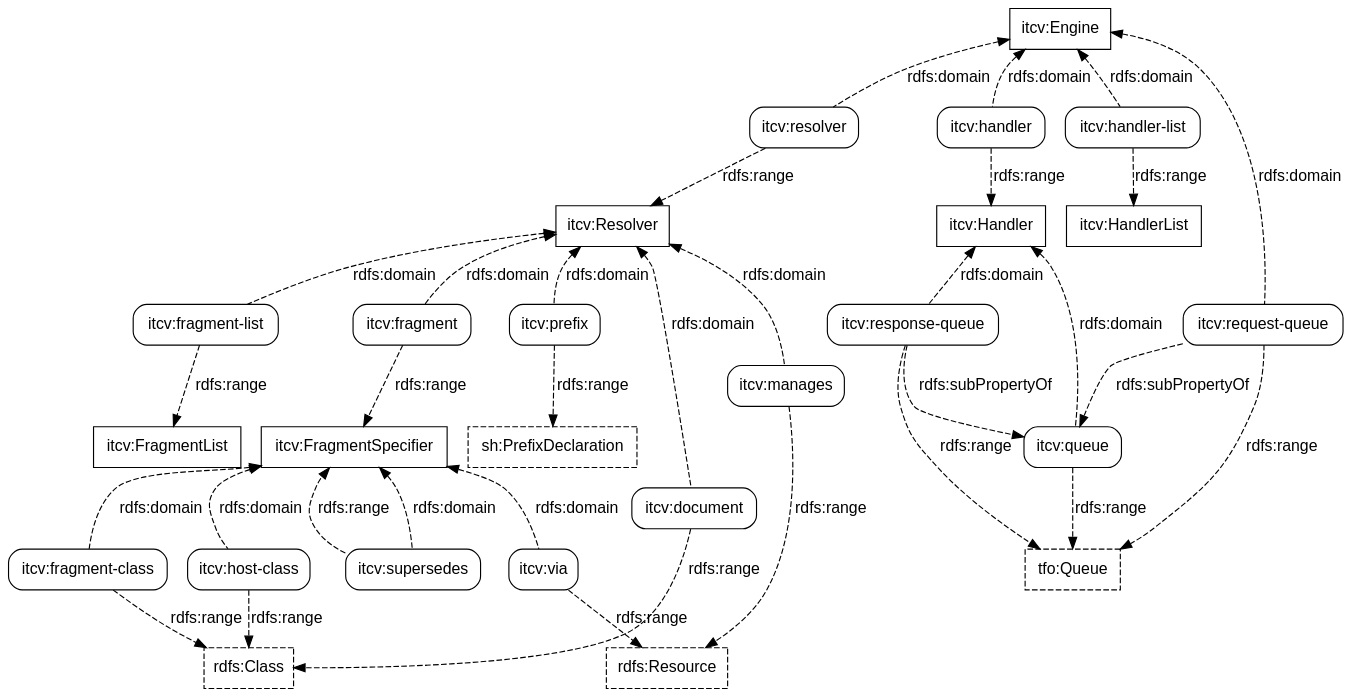
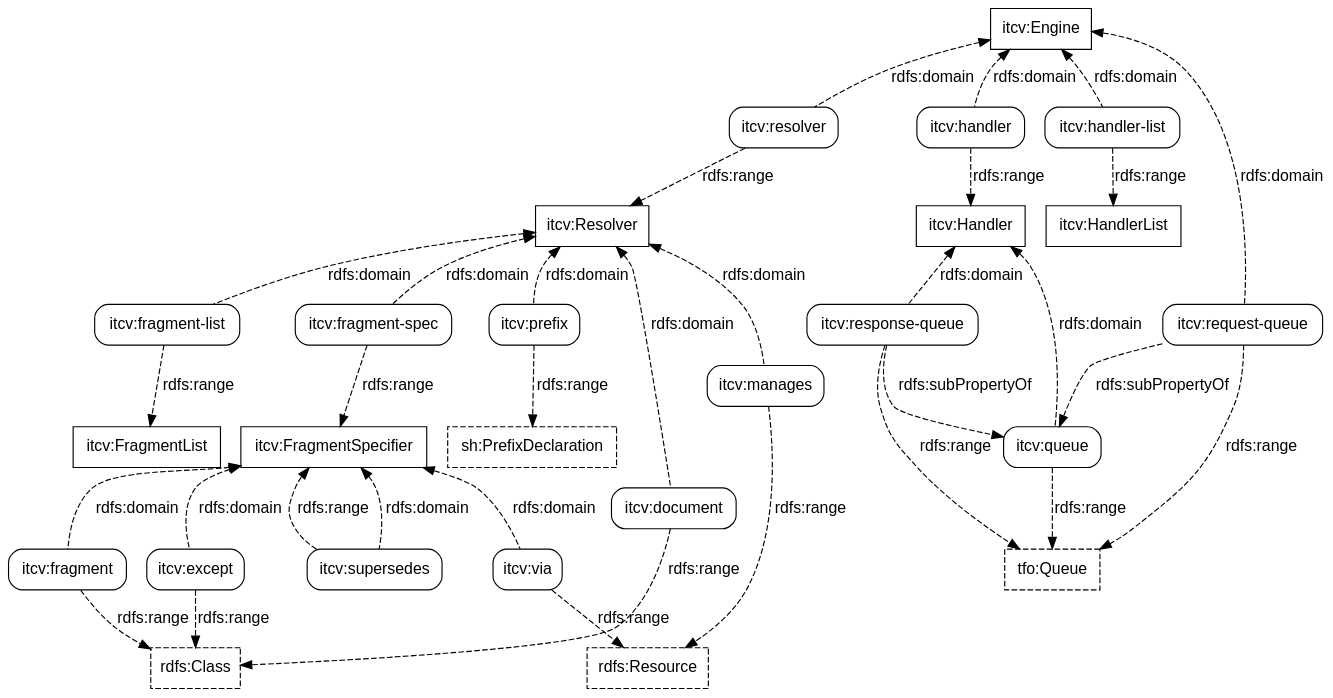
Before and after one commit to doriantaylor/owl-intertwingler-vocab: the diagram in intertwingler-properties.dot, drawn with Graphviz. The commit also changed 3 other files, not shown here.

```diff
--- a/intertwingler-properties.dot
+++ b/intertwingler-properties.dot
@@ -1,106 +1,106 @@
-
 digraph {
     graph [bgcolor=transparent,rankdir=TB];
     node [shape=box,style=rounded,color="#000000",fontcolor="#000000",fontname="Lucida Grande, Lucida Sans Unicode, sans-serif"];
     edge [concentrate=true,color="#000000",fontcolor="#000000",fontname="Lucida Grande, Lucida Sans Unicode, sans-serif"];
 
     // third-party classes
 
     subgraph {
         node [shape=box, style=dashed];
         rdfs_Resource [label="rdfs:Resource", target="_parent", href="https://www.w3.org/TR/rdf-schema/#ch_resource"];
         rdfs_Class [label="rdfs:Class", target="_parent", href="https://www.w3.org/TR/rdf-schema/#ch_class"];
         sh_PrefixDeclaration [label="sh:PrefixDeclaration", target="_parent", href="https://www.w3.org/TR/shacl/#sparql-prefixes"];
         // tfo_Bundle [label="tfo:Bundle", target="_parent", href="https://vocab.methodandstructure.com/transformation#Bundle"];
         tfo_Queue [label="tfo:Queue", target="_parent", href="https://vocab.methodandstructure.com/transformation#Queue"];
     }
 
     // our classes
 
     subgraph {
         node [shape=box, style=""];
         itcv_Handler [label="itcv:Handler", target="_parent", href="https://vocab.methodandstructure.com/intertwingler#Handler"];
         itcv_Resolver [label="itcv:Resolver", target="_parent", href="https://vocab.methodandstructure.com/intertwingler#Resolver"];
         itcv_FragmentSpecifier [label="itcv:FragmentSpecifier", target="_parent", href="https://vocab.methodandstructure.com/intertwingler#FragmentSpecifier"];
         itcv_FragmentList [label="itcv:FragmentList", target="_parent", href="https://vocab.methodandstructure.com/intertwingler#FragmentList"];
         itcv_Engine [label="itcv:Engine", target="_parent", href="https://vocab.methodandstructure.com/intertwingler#Engine"];
         // itcv_Transform [label="itcv:Transform", target="_parent", href="https://vocab.methodandstructure.com/intertwingler#Transform"];
         itcv_HandlerList [label="itcv:HandlerList", target="_parent", href="https://vocab.methodandstructure.com/intertwingler#HandlerList"];
     }
 
     // third-party properties
 
     subgraph {
         node [style="dashed,rounded"];
         // rdf_first [label="rdf:first", target="_parent", href="https://www.w3.org/TR/rdf-schema/#ch_first"];
         // rdf_rest [label="rdf:rest", target="_parent", href="https://www.w3.org/TR/rdf-schema/#ch_rest"];
     }
 
     // our properties
 
     itcv_resolver [label="itcv:resolver", target="_parent", href="https://vocab.methodandstructure.com/intertwingler#resolver"];
     itcv_manages [label="itcv:manages", target="_parent", href="https://vocab.methodandstructure.com/intertwingler#manages"];
     itcv_prefix [label="itcv:prefix", target="_parent", href="https://vocab.methodandstructure.com/intertwingler#prefix"];
     itcv_document [label="itcv:document", target="_parent", href="https://vocab.methodandstructure.com/intertwingler#document"];
-    itcv_fragment [label="itcv:fragment", target="_parent", href="https://vocab.methodandstructure.com/intertwingler#fragment"];
+    itcv_fragment [label="itcv:fragment-spec", target="_parent", href="https://vocab.methodandstructure.com/intertwingler#fragment-spec"];
     itcv_fragment_list [label="itcv:fragment-list", target="_parent", href="https://vocab.methodandstructure.com/intertwingler#fragment-list"];
-    itcv_fragment_class [label="itcv:fragment-class", target="_parent", href="https://vocab.methodandstructure.com/intertwingler#fragment-class"];
-    itcv_host_class [label="itcv:host-class", target="_parent", href="https://vocab.methodandstructure.com/intertwingler#host-class"];
+    itcv_fragment_class [label="itcv:fragment", target="_parent", href="https://vocab.methodandstructure.com/intertwingler#fragment"];
+    itcv_host_class [label="itcv:host", target="_parent", href="https://vocab.methodandstructure.com/intertwingler#host"];
+    itcv_host_class [label="itcv:except", target="_parent", href="https://vocab.methodandstructure.com/intertwingler#except"];
     itcv_via [label="itcv:via", target="_parent", href="https://vocab.methodandstructure.com/intertwingler#via"];
     itcv_supersedes [label="itcv:supersedes", target="_parent", href="https://vocab.methodandstructure.com/intertwingler#supersedes"];
     itcv_handler [label="itcv:handler", target="_parent", href="https://vocab.methodandstructure.com/intertwingler#handler"];
     itcv_handler_list [label="itcv:handler-list", target="_parent", href="https://vocab.methodandstructure.com/intertwingler#handler-list"];
     itcv_queue [label="itcv:queue", target="_parent", href="https://vocab.methodandstructure.com/intertwingler#queue"];
     itcv_request_queue [label="itcv:request-queue", target="_parent", href="https://vocab.methodandstructure.com/intertwingler#request-queue"];
     itcv_response_queue [label="itcv:response-queue", target="_parent", href="https://vocab.methodandstructure.com/intertwingler#response-queue"];
 
     // relations
 
     subgraph {
         edge [style=dashed, label="rdfs:subPropertyOf"];
         itcv_request_queue  -> itcv_queue;
         itcv_response_queue -> itcv_queue;
     }
 
     subgraph {
         edge [style=dashed, dir=back, label="rdfs:domain"];
         itcv_Handler  -> itcv_queue;
         itcv_Handler  -> itcv_response_queue;
         itcv_Engine   -> itcv_request_queue;
         itcv_Engine   -> itcv_resolver;
         itcv_Resolver -> itcv_manages;
         itcv_Resolver -> itcv_prefix;
         itcv_Resolver -> itcv_document;
         itcv_Resolver -> itcv_fragment;
         itcv_Resolver -> itcv_fragment_list;
 
         itcv_FragmentSpecifier -> itcv_fragment_class;
         itcv_FragmentSpecifier -> itcv_host_class;
         itcv_FragmentSpecifier -> itcv_via;
         itcv_FragmentSpecifier -> itcv_supersedes;
 
         itcv_Engine  -> itcv_handler;
         itcv_Engine  -> itcv_handler_list;
     }
 
     subgraph {
         edge [style=dashed, label="rdfs:range"];
         itcv_resolver       -> itcv_Resolver;
         itcv_manages        -> rdfs_Resource;
         itcv_prefix         -> sh_PrefixDeclaration;
         itcv_document       -> rdfs_Class;
         itcv_fragment       -> itcv_FragmentSpecifier;
         itcv_fragment_list  -> itcv_FragmentList;
         itcv_fragment_class -> rdfs_Class;
         itcv_host_class     -> rdfs_Class;
         itcv_via            -> rdfs_Resource;
         itcv_supersedes     -> itcv_FragmentSpecifier;
 
         itcv_queue          -> tfo_Queue;
         itcv_request_queue  -> tfo_Queue;
         itcv_response_queue -> tfo_Queue;
 
         itcv_handler      -> itcv_Handler;
         itcv_handler_list -> itcv_HandlerList;
     }
 }
```
